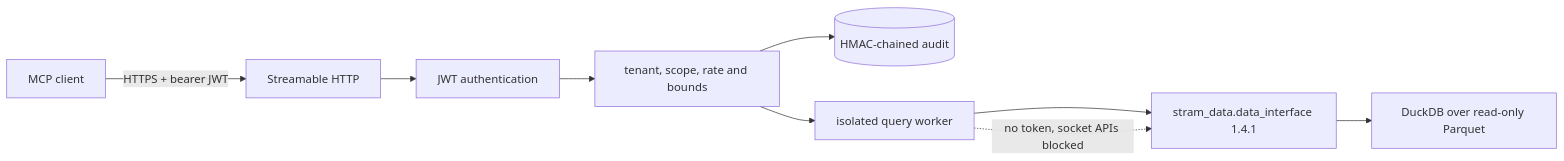
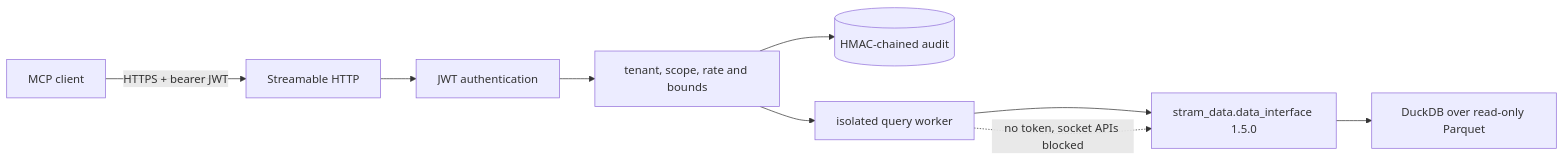
Before and after one commit to SiddarthaKoppaka/stram_qualitative_mcp: the diagram in README.md, drawn with Mermaid. The commit also changed other lines of this file and 44 other files, not shown here.

First line of the commit message:
M2: add qual_get_article and qual_get_filings on stram_data 1.5.0

````diff
--- a/README.md
+++ b/README.md
@@ -16,11 +16,11 @@
 ```mermaid
 flowchart LR
     C[MCP client] -->|HTTPS + bearer JWT| T[Streamable HTTP]
     T --> A[JWT authentication]
     A --> P[tenant, scope, rate and bounds]
     P --> J[(HMAC-chained audit)]
     P --> W[isolated query worker]
-    W --> I[stram_data.data_interface 1.4.1]
+    W --> I[stram_data.data_interface 1.5.0]
     I --> D[DuckDB over read-only Parquet]
     W -. no token, socket APIs blocked .-> I
 ```
````
